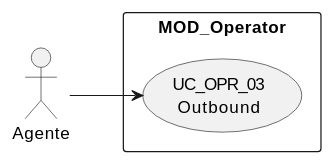
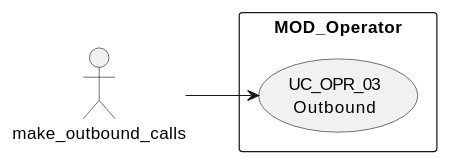
One commit to jcg-admin/IACT-docs changed the first of 4 diagrams in source/requisitos/casos-uso/operator/uc-opr-03/diagramas-uml.rst. Above: the diagram before and after it, drawn with PlantUML. The commit also changed other lines of this file and 77 other files, not shown here.

First line of the commit message:
Enforce RBAC function names as actors in all UML diagrams

```diff
--- a/source/requisitos/casos-uso/operator/uc-opr-03/diagramas-uml.rst
+++ b/source/requisitos/casos-uso/operator/uc-opr-03/diagramas-uml.rst
@@ -10,10 +10,10 @@
 .. uml::
 
  @startuml
  left to right direction
- actor "Agente" as A
+ actor "make_outbound_calls" as A
  rectangle "MOD_Operator" {
    usecase "UC_OPR_03\nOutbound" as UC
  }
  A --> UC
  @enduml
```
